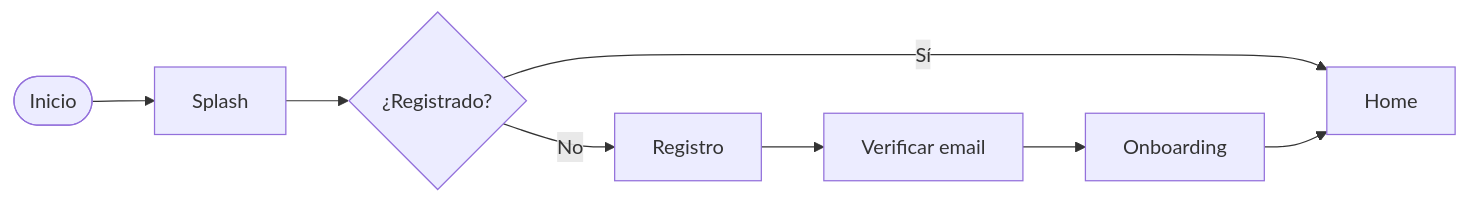
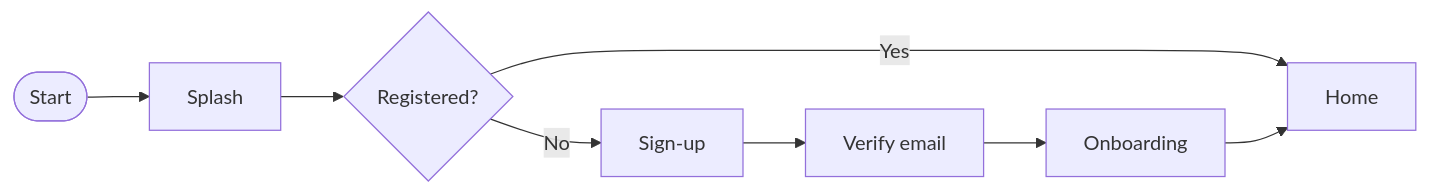
One commit to SoftCollie/skills changed the diagram in plugins/vibecoding-docs/skills/vibecoding-docs/templates/04-appflow.md. Above: the diagram before and after it, drawn with Mermaid. The commit also changed other lines of this file and 19 other files, not shown here.

````diff
--- a/plugins/vibecoding-docs/skills/vibecoding-docs/templates/04-appflow.md
+++ b/plugins/vibecoding-docs/skills/vibecoding-docs/templates/04-appflow.md
@@ -27,10 +27,10 @@
 ```mermaid
 flowchart LR
-  Start([Inicio]) --> Splash[Splash]
-  Splash --> Auth{¿Registrado?}
-  Auth -- No --> SignUp[Registro]
-  SignUp --> Verify[Verificar email]
+  Start([Start]) --> Splash[Splash]
+  Splash --> Auth{Registered?}
+  Auth -- No --> SignUp[Sign-up]
+  SignUp --> Verify[Verify email]
   Verify --> Onboarding[Onboarding]
-  Auth -- Sí --> Home[Home]
+  Auth -- Yes --> Home[Home]
   Onboarding --> Home
 ```
````
